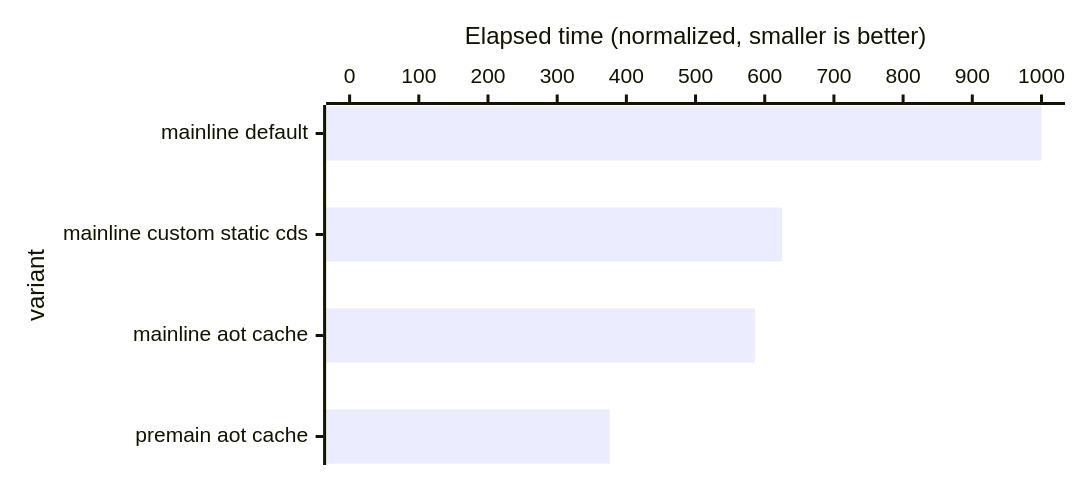
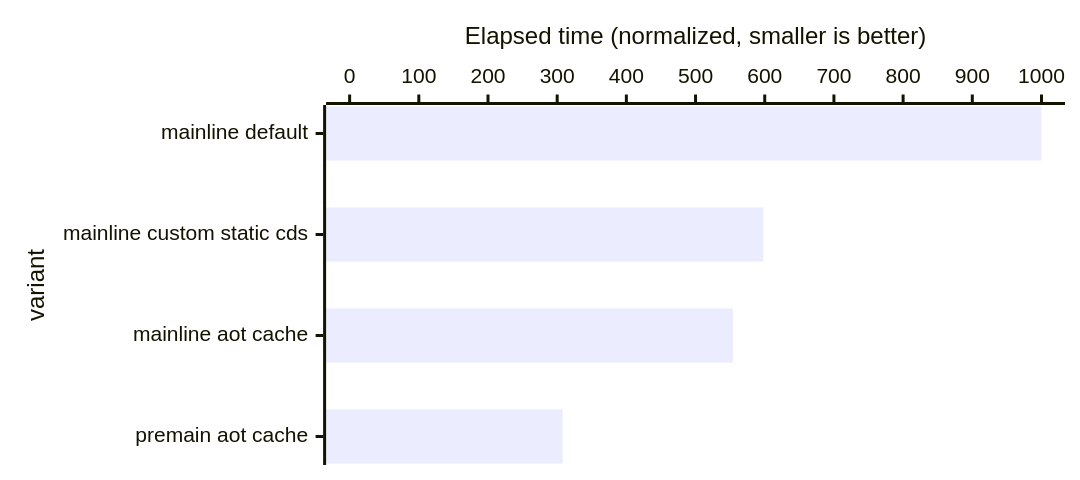
The fifth of 5 diagrams in README.md (openjdk/leyden), drawn with Mermaid before and after one commit. The commit also changed other lines of this file and 7 other files, not shown here.

````diff
--- a/README.md
+++ b/README.md
@@ -455,12 +455,12 @@
 ```mermaid
 ---
 config:
     xyChart:
         chartOrientation: horizontal
         height: 300
 ---
 xychart-beta
     x-axis "variant" ["mainline default", "mainline custom static cds", "mainline aot cache", "premain aot cache"]
     y-axis "Elapsed time (normalized, smaller is better)" 0 --> 1000
-    bar [1000, 625, 586, 376]
+    bar [1000, 598, 554, 308]
 ```
````
